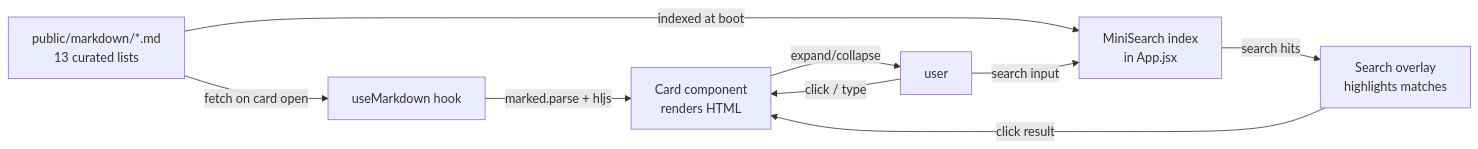
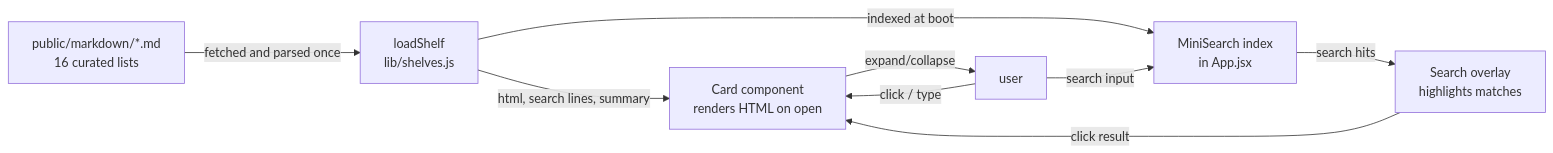
The first of 5 diagrams in architecture/architecture.md (companionintelligence/CI-Spellbook), drawn with Mermaid before and after one commit. The commit also changed other lines of this file and 42 other files, not shown here.

````diff
--- a/architecture/architecture.md
+++ b/architecture/architecture.md
@@ -34,11 +40,11 @@
 ```mermaid
 flowchart LR
-    A[public/markdown/*.md<br/>13 curated lists] -->|fetch on card open| B[useMarkdown hook]
-    B -->|marked.parse + hljs| C[Card component<br/>renders HTML]
-    A -->|indexed at boot| D[MiniSearch index<br/>in App.jsx]
+    A[public/markdown/*.md<br/>16 curated lists] -->|fetched and parsed once| B[loadShelf<br/>lib/shelves.js]
+    B -->|html, search lines, summary| C[Card component<br/>renders HTML on open]
+    B -->|indexed at boot| D[MiniSearch index<br/>in App.jsx]
     D -->|search hits| E[Search overlay<br/>highlights matches]
     F[user] -->|click / type| C
     F -->|search input| D
     C -->|expand/collapse| F
     E -->|click result| C
 ```
````
